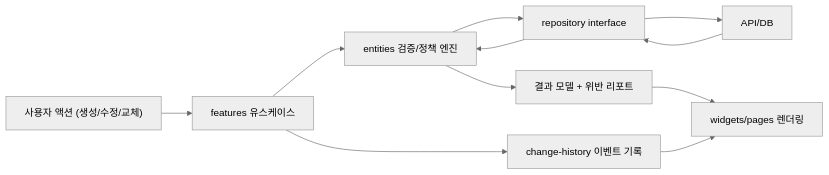
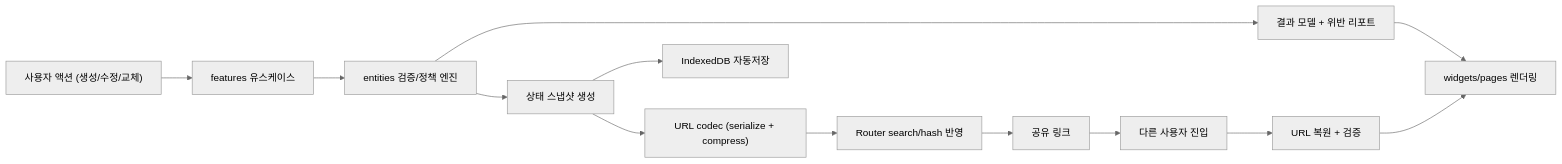
Before and after one commit to gihwan-dev/teacher-scheduling-automation: the diagram in plan.md, drawn with Mermaid (neutral theme). The commit also changed other lines of this file and 1 other file, not shown here.

````diff
--- a/plan.md
+++ b/plan.md
@@ -134,13 +153,15 @@
 ```mermaid
 flowchart LR
   A["사용자 액션 (생성/수정/교체)"] --> B["features 유스케이스"]
   B --> C["entities 검증/정책 엔진"]
-  C --> D["repository interface"]
-  D --> E["API/DB"]
-  E --> D
-  D --> C
-  C --> F["결과 모델 + 위반 리포트"]
-  F --> G["widgets/pages 렌더링"]
-  B --> H["change-history 이벤트 기록"]
-  H --> G
+  C --> D["상태 스냅샷 생성"]
+  D --> E["URL codec (serialize + compress)"]
+  E --> F["Router search/hash 반영"]
+  D --> G["IndexedDB 자동저장"]
+  C --> H["결과 모델 + 위반 리포트"]
+  H --> I["widgets/pages 렌더링"]
+  F --> J["공유 링크"]
+  J --> K["다른 사용자 진입"]
+  K --> L["URL 복원 + 검증"]
+  L --> I
 ```
````
